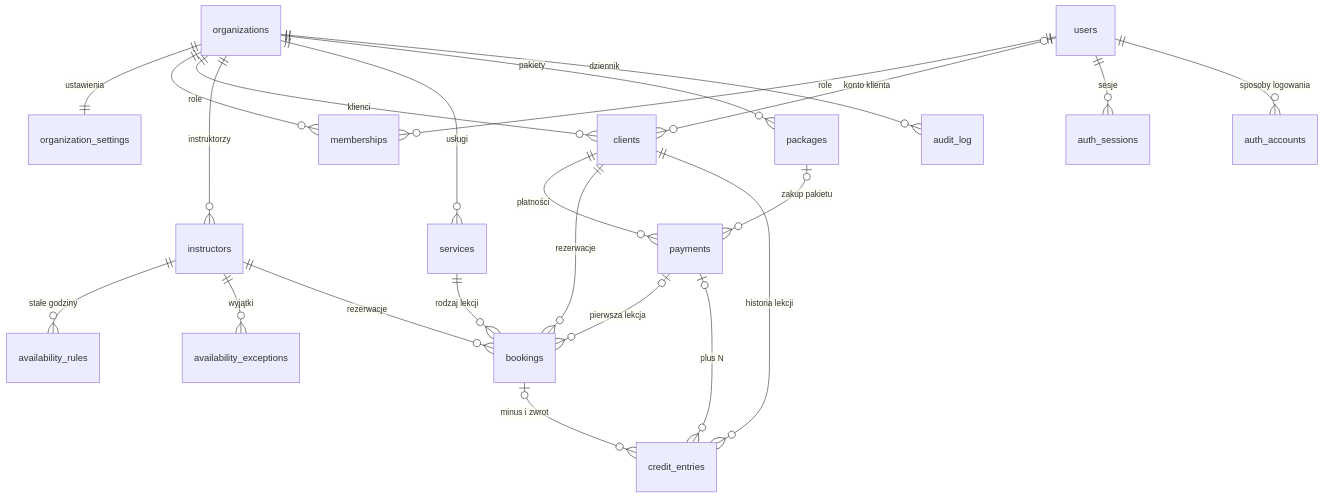
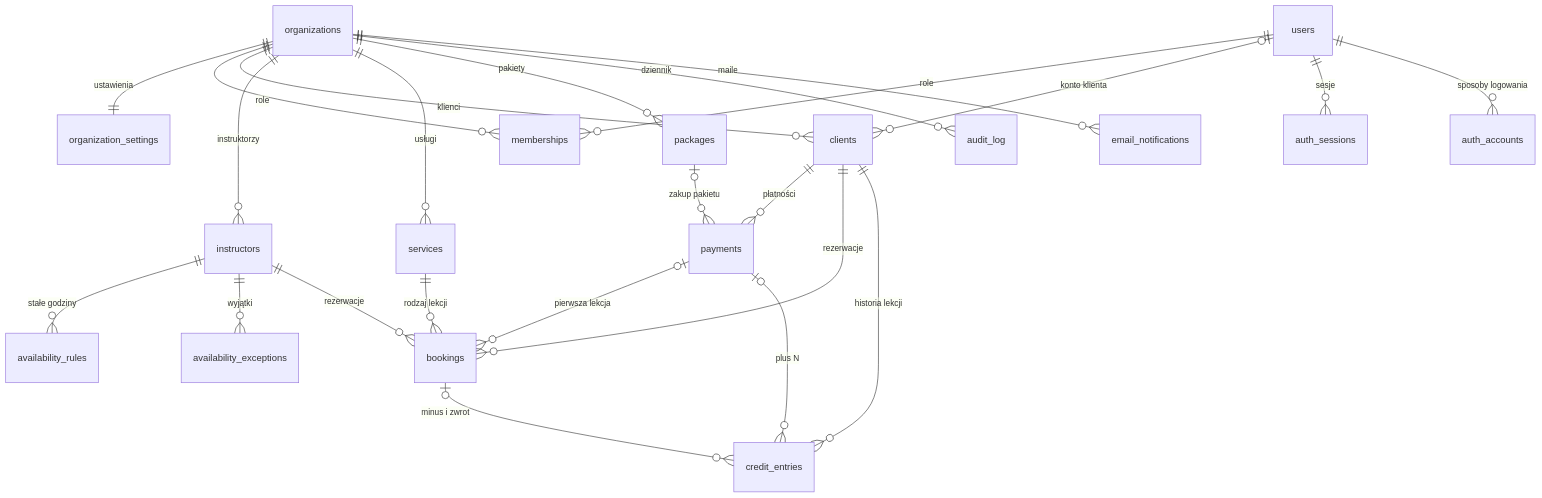
One commit to denovis/rezerwacje-lekcji changed the diagram in docs/model-danych.md. Above: the diagram before and after it, drawn with Mermaid. The commit also changed other lines of this file and 16 other files, not shown here.

````diff
--- a/docs/model-danych.md
+++ b/docs/model-danych.md
@@ -5,25 +5,26 @@
 ```mermaid
 erDiagram
   organizations ||--|| organization_settings : "ustawienia"
   organizations ||--o{ memberships : "role"
   users ||--o{ memberships : "role"
   organizations ||--o{ clients : "klienci"
   users |o--o{ clients : "konto klienta"
   organizations ||--o{ instructors : "instruktorzy"
   instructors ||--o{ availability_rules : "stałe godziny"
   instructors ||--o{ availability_exceptions : "wyjątki"
   organizations ||--o{ services : "usługi"
   organizations ||--o{ packages : "pakiety"
   clients ||--o{ payments : "płatności"
   packages |o--o{ payments : "zakup pakietu"
   instructors ||--o{ bookings : "rezerwacje"
   clients ||--o{ bookings : "rezerwacje"
   services ||--o{ bookings : "rodzaj lekcji"
   payments |o--o{ bookings : "pierwsza lekcja"
   clients ||--o{ credit_entries : "historia lekcji"
   payments |o--o{ credit_entries : "plus N"
   bookings |o--o{ credit_entries : "minus i zwrot"
   organizations ||--o{ audit_log : "dziennik"
+  organizations ||--o{ email_notifications : "maile"
   users ||--o{ auth_sessions : "sesje"
   users ||--o{ auth_accounts : "sposoby logowania"
 ```
````
